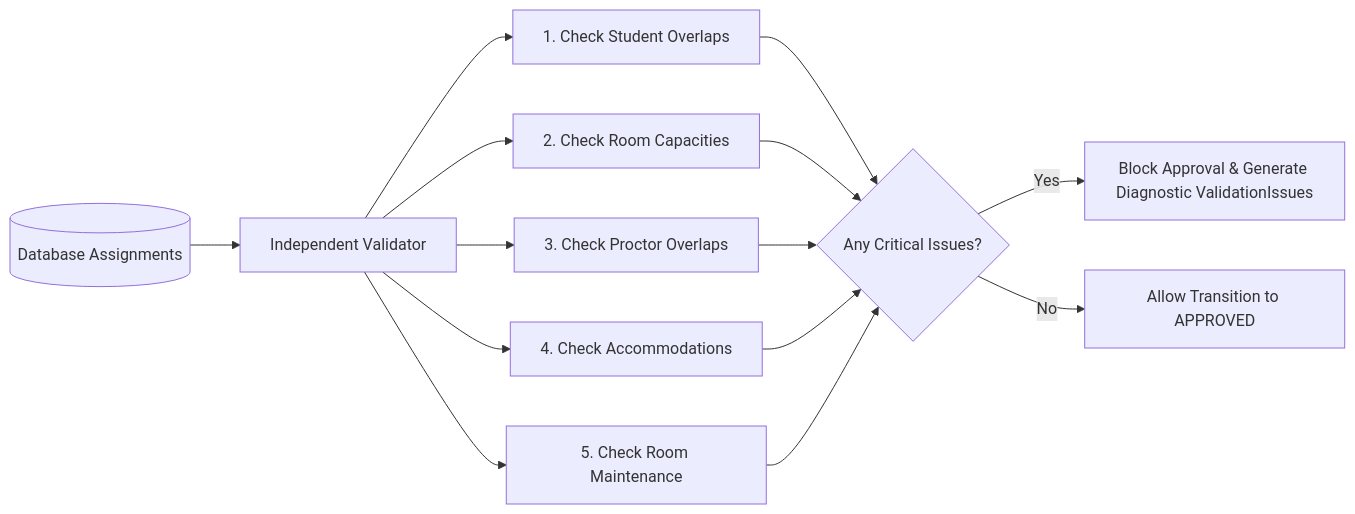
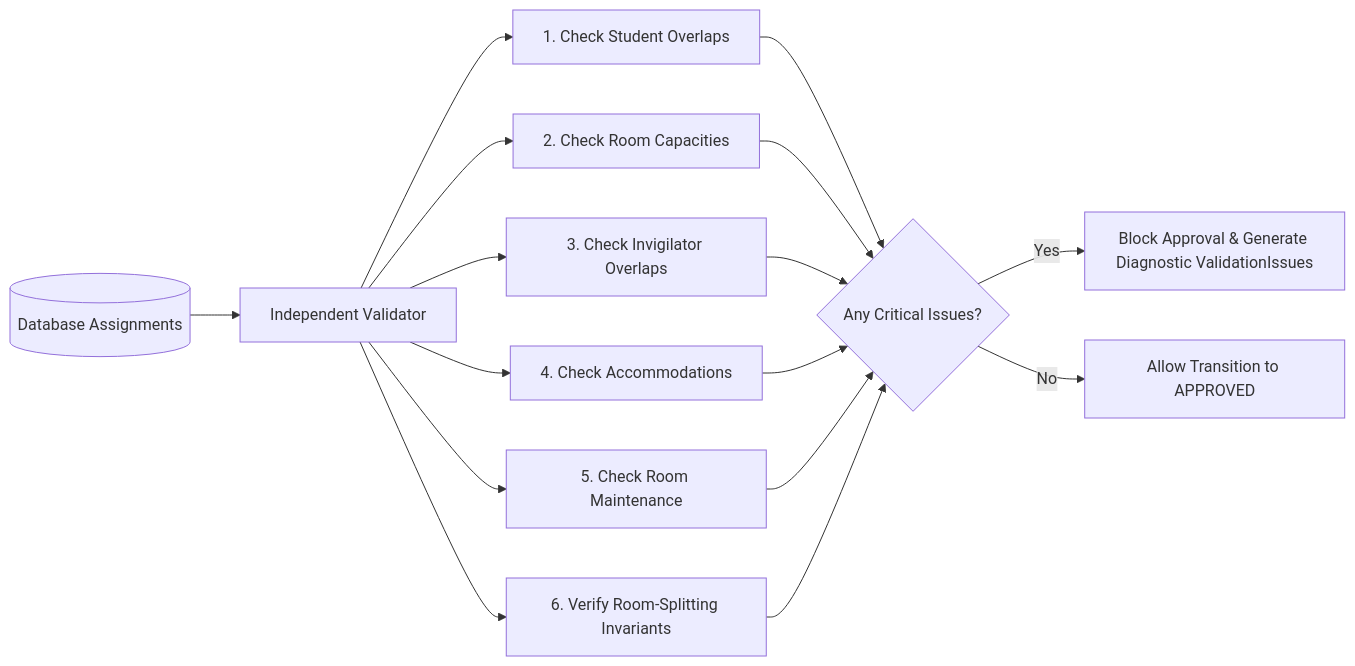
One commit to bogavivek15/ExamOps changed the fifth of 5 diagrams in docs/scheduling_algorithm.md. Above: the diagram before and after it, drawn with Mermaid. The commit also changed other lines of this file and 25 other files, not shown here.

Commit message:
feat(phase-0): finalize architecture contracts, reconcile 26 entities, and establish autopilot memory

````diff
--- a/docs/scheduling_algorithm.md
+++ b/docs/scheduling_algorithm.md
@@ -759,12 +771,13 @@
 ```mermaid
 flowchart LR
     DB[(Database Assignments)] --> Val["Independent Validator"]
     Val --> C1["1. Check Student Overlaps"]
     Val --> C2["2. Check Room Capacities"]
-    Val --> C3["3. Check Proctor Overlaps"]
+    Val --> C3["3. Check Invigilator Overlaps"]
     Val --> C4["4. Check Accommodations"]
     Val --> C5["5. Check Room Maintenance"]
-    C1 & C2 & C3 & C4 & C5 --> Dec{"Any Critical Issues?"}
+    Val --> C6["6. Verify Room-Splitting Invariants"]
+    C1 & C2 & C3 & C4 & C5 & C6 --> Dec{"Any Critical Issues?"}
     Dec -->|Yes| Block["Block Approval & Generate Diagnostic ValidationIssues"]
     Dec -->|No| Allow["Allow Transition to APPROVED"]
 ```
````
